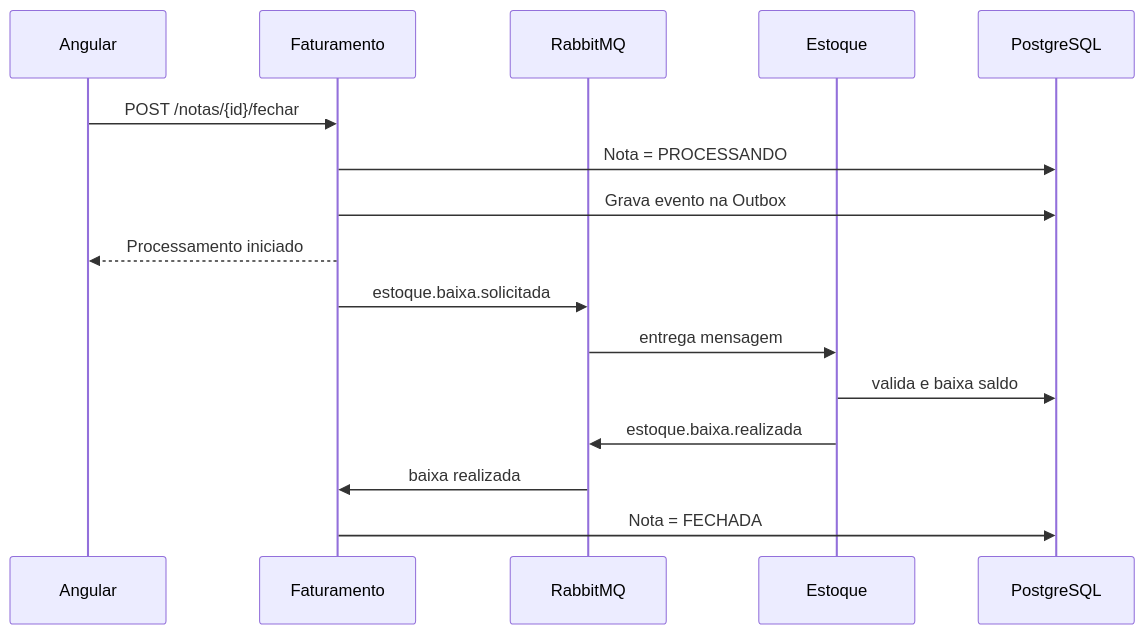
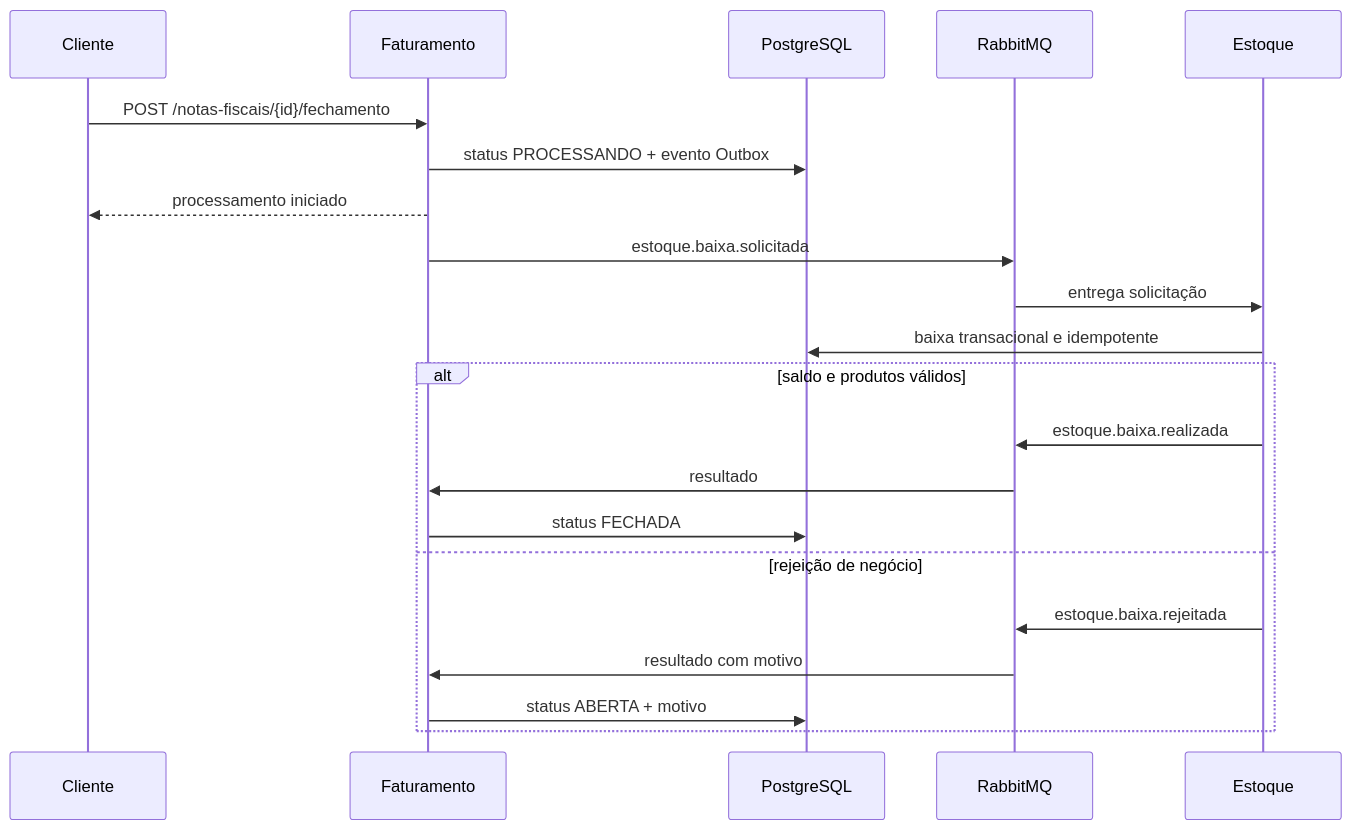
One commit to CayoHenri/Korp_Teste_CaioHenrique changed the third of 3 diagrams in docs/README_ARQUITETURA.md. Above: the diagram before and after it, drawn with Mermaid. The commit also changed other lines of this file and 9 other files, not shown here.

````diff
--- a/docs/README_ARQUITETURA.md
+++ b/docs/README_ARQUITETURA.md
@@ -216,21 +108,24 @@
 ```mermaid
 sequenceDiagram
-    participant UI as Angular
-    participant FAT as Faturamento
+    participant C as Cliente
+    participant F as Faturamento
+    participant DB as PostgreSQL
     participant MQ as RabbitMQ
-    participant EST as Estoque
-    participant DB as PostgreSQL
+    participant E as Estoque
 
-    UI->>FAT: POST /notas/{id}/fechar
-    FAT->>DB: Nota = PROCESSANDO
-    FAT->>DB: Grava evento na Outbox
-    FAT-->>UI: Processamento iniciado
-
-    FAT->>MQ: estoque.baixa.solicitada
-    MQ->>EST: entrega mensagem
-    EST->>DB: valida e baixa saldo
-    EST->>MQ: estoque.baixa.realizada
-
-    MQ->>FAT: baixa realizada
-    FAT->>DB: Nota = FECHADA
+    C->>F: POST /notas-fiscais/{id}/fechamento
+    F->>DB: status PROCESSANDO + evento Outbox
+    F-->>C: processamento iniciado
+    F->>MQ: estoque.baixa.solicitada
+    MQ->>E: entrega solicitação
+    E->>DB: baixa transacional e idempotente
+    alt saldo e produtos válidos
+        E->>MQ: estoque.baixa.realizada
+        MQ->>F: resultado
+        F->>DB: status FECHADA
+    else rejeição de negócio
+        E->>MQ: estoque.baixa.rejeitada
+        MQ->>F: resultado com motivo
+        F->>DB: status ABERTA + motivo
+    end
 ```
````
